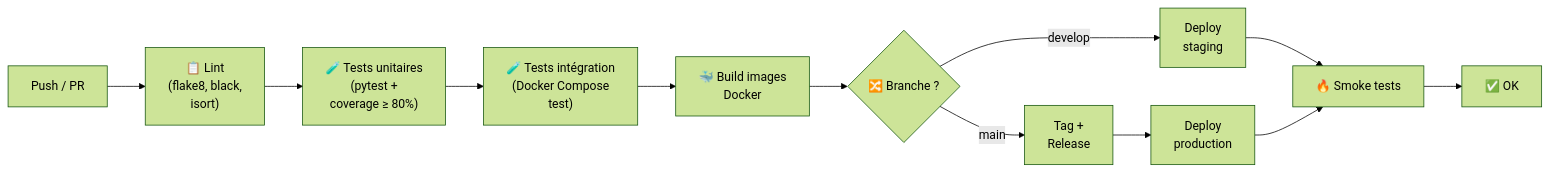
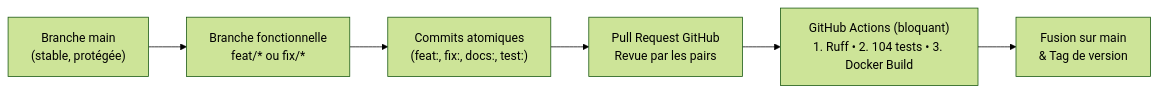
One commit to HASHT85/MSPR2-MECHA changed the diagram in docs/technical_choices.md. Above: the diagram before and after it, drawn with Mermaid (forest theme). The commit also changed other lines of this file and 48 other files, not shown here.

````diff
--- a/docs/technical_choices.md
+++ b/docs/technical_choices.md
@@ -324,14 +137,8 @@
 ```mermaid
-graph LR
-    A["Push / PR"] --> B["📋 Lint<br/>(flake8, black,<br/>isort)"]
-    B --> C["🧪 Tests unitaires<br/>(pytest +<br/>coverage ≥ 80%)"]
-    C --> D["🧪 Tests intégration<br/>(Docker Compose<br/>test)"]
-    D --> E["🐳 Build images<br/>Docker"]
-    E --> F{"🔀 Branche ?"}
-    F -->|develop| G["Deploy<br/>staging"]
-    F -->|main| H["Tag +<br/>Release"]
-    H --> I["Deploy<br/>production"]
-    G --> J["🔥 Smoke tests"]
-    I --> J
-    J --> K["✅ OK"]
+flowchart LR
+    MAIN["Branche main<br/>(stable, protégée)"] --> FEAT["Branche fonctionnelle<br/>feat/* ou fix/*"]
+    FEAT --> COMMIT["Commits atomiques<br/>(feat:, fix:, docs:, test:)"]
+    COMMIT --> PR["Pull Request GitHub<br/>Revue par les pairs"]
+    PR --> CI["GitHub Actions (bloquant)<br/>1. Ruff • 2. 104 tests • 3. Docker Build"]
+    CI --> MERGE["Fusion sur main<br/>& Tag de version"]
 ```
````
